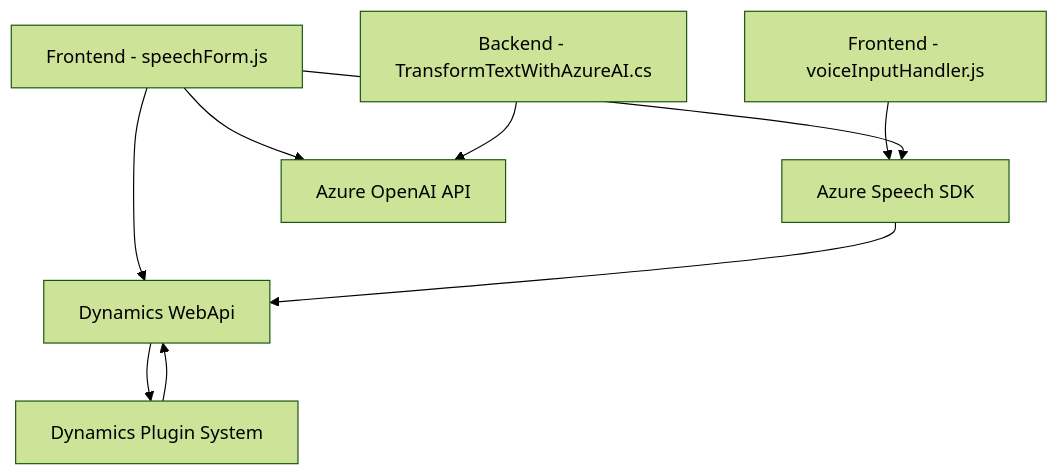
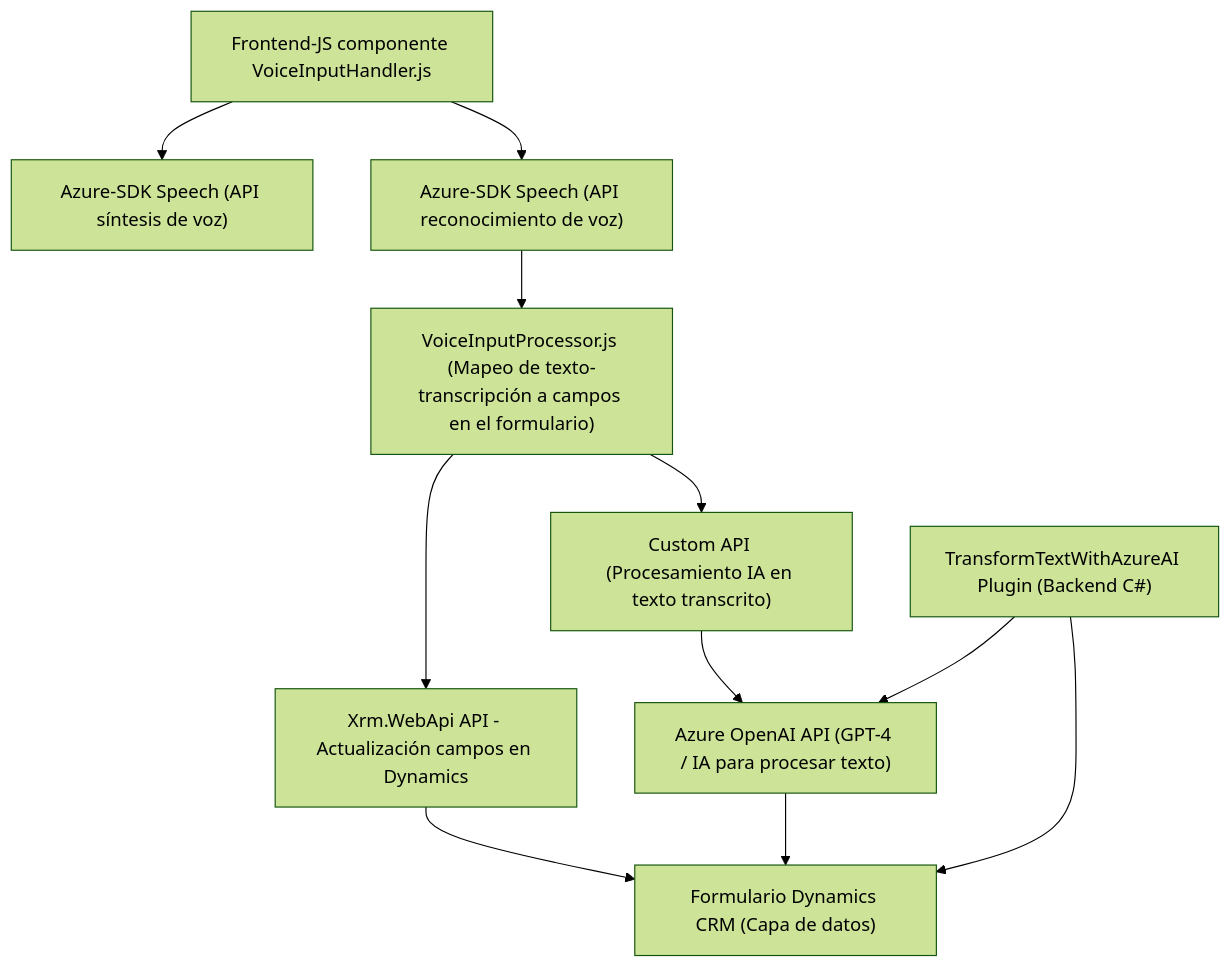
Before and after one commit to blopezdm/NETCORE_BILBAO2025: the diagram in README.md, drawn with Mermaid (forest theme). The commit also changed other lines of this file, not shown here.

````diff
--- a/README.md
+++ b/README.md
@@ -43,19 +76,13 @@
 ```mermaid
 graph TD
-    A["Frontend - voiceInputHandler.js"]
-    B["Frontend - speechForm.js"]
-    C["Backend - TransformTextWithAzureAI.cs"]
-    D["Dynamics WebApi"]
-    E["Azure Speech SDK"]
-    F["Azure OpenAI API"]
-    G["Dynamics Plugin System"]
-
-    A --> E
-    B --> E
-    B --> F
-    B --> D
-    E --> D
-    D --> G
-    C --> F
-    G --> D
+    A["Frontend-JS componente VoiceInputHandler.js"] --> B["Azure-SDK Speech (API síntesis de voz)"]
+    A["Frontend-JS componente VoiceInputHandler.js"] --> C["Azure-SDK Speech (API reconocimiento de voz)"]
+    C --> D["VoiceInputProcessor.js (Mapeo de texto-transcripción a campos en el formulario)"]
+    D --> E["Xrm.WebApi API - Actualización campos en Dynamics"]
+    D --> F["Custom API (Procesamiento IA en texto transcrito)"]
+    F --> G["Azure OpenAI API (GPT-4 / IA para procesar texto)"]
+    E --> H["Formulario Dynamics CRM (Capa de datos)"]
+    G --> H
+    I["TransformTextWithAzureAI Plugin (Backend C#)"] --> G
+    I --> H
 ```
````
